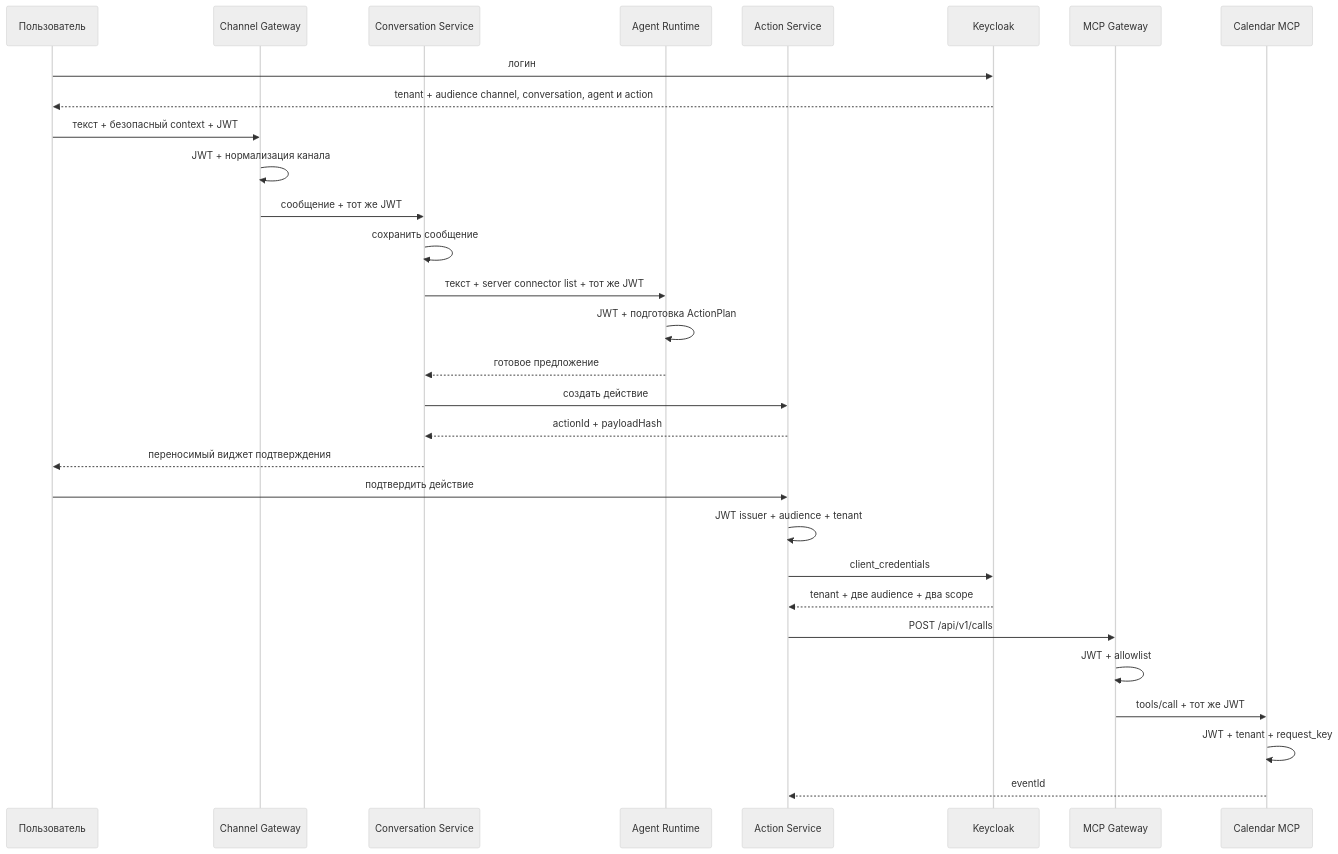
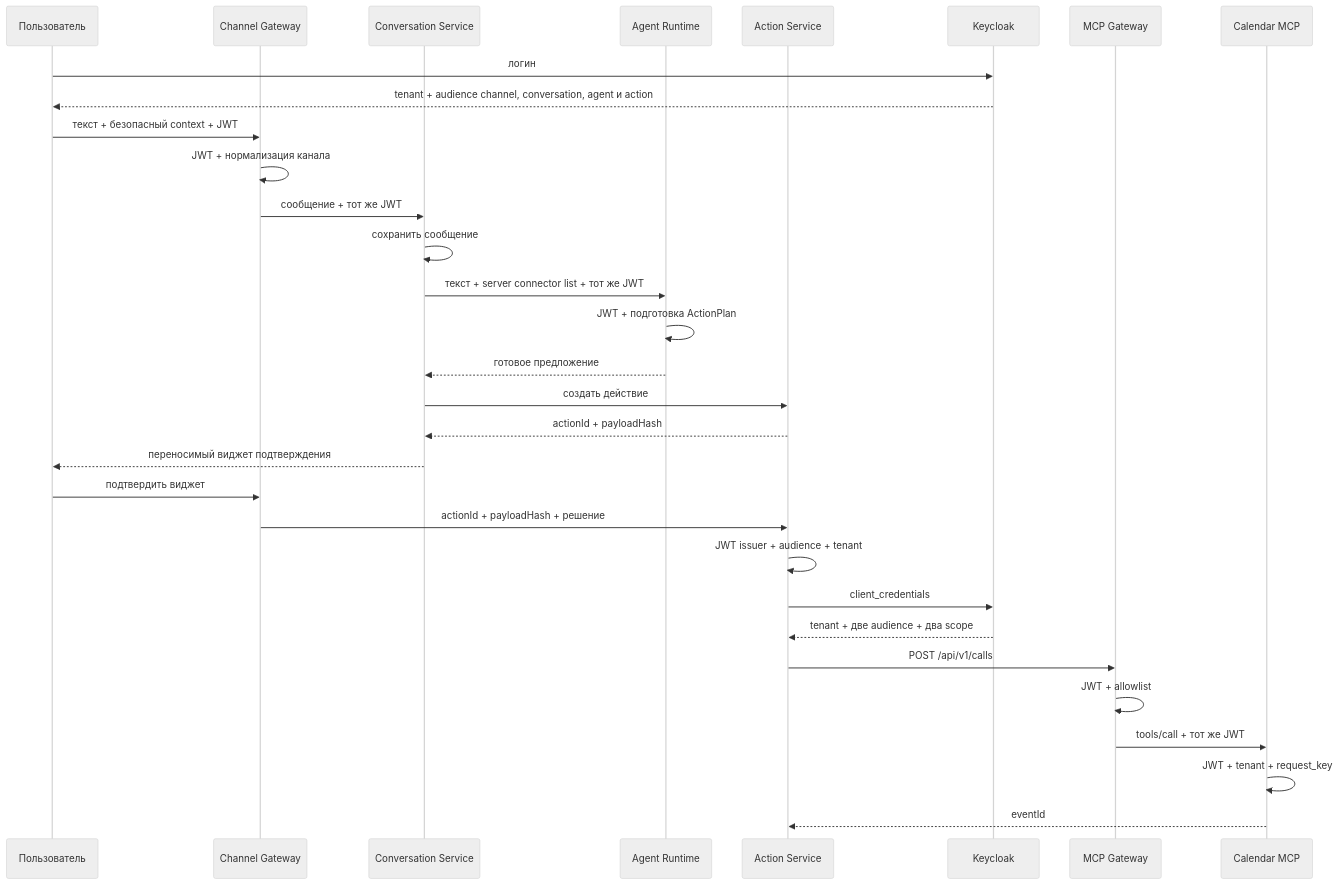
One commit to portable-agent/deploy changed the diagram in docs/architecture.md. Above: the diagram before and after it, drawn with Mermaid (neutral theme). The commit also changed 4 other files, not shown here.

Commit message:
feat: connect channel action decisions

````diff
--- a/docs/architecture.md
+++ b/docs/architecture.md
@@ -30,33 +30,34 @@
 ```mermaid
 sequenceDiagram
     participant User as Пользователь
     participant Channel as Channel Gateway
     participant Conversation as Conversation Service
     participant Agent as Agent Runtime
     participant Action as Action Service
     participant Keycloak
     participant Gateway as MCP Gateway
     participant Calendar as Calendar MCP
 
     User->>Keycloak: логин
     Keycloak-->>User: tenant + audience channel, conversation, agent и action
     User->>Channel: текст + безопасный context + JWT
     Channel->>Channel: JWT + нормализация канала
     Channel->>Conversation: сообщение + тот же JWT
     Conversation->>Conversation: сохранить сообщение
     Conversation->>Agent: текст + server connector list + тот же JWT
     Agent->>Agent: JWT + подготовка ActionPlan
     Agent-->>Conversation: готовое предложение
     Conversation->>Action: создать действие
     Action-->>Conversation: actionId + payloadHash
     Conversation-->>User: переносимый виджет подтверждения
-    User->>Action: подтвердить действие
+    User->>Channel: подтвердить виджет
+    Channel->>Action: actionId + payloadHash + решение
     Action->>Action: JWT issuer + audience + tenant
     Action->>Keycloak: client_credentials
     Keycloak-->>Action: tenant + две audience + два scope
     Action->>Gateway: POST /api/v1/calls
     Gateway->>Gateway: JWT + allowlist
     Gateway->>Calendar: tools/call + тот же JWT
     Calendar->>Calendar: JWT + tenant + request_key
     Calendar-->>Action: eventId
 ```
````
